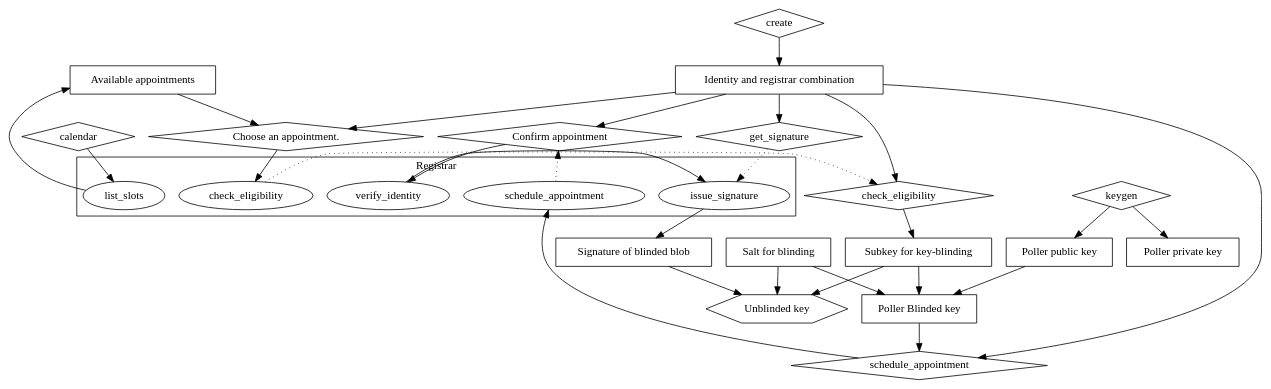
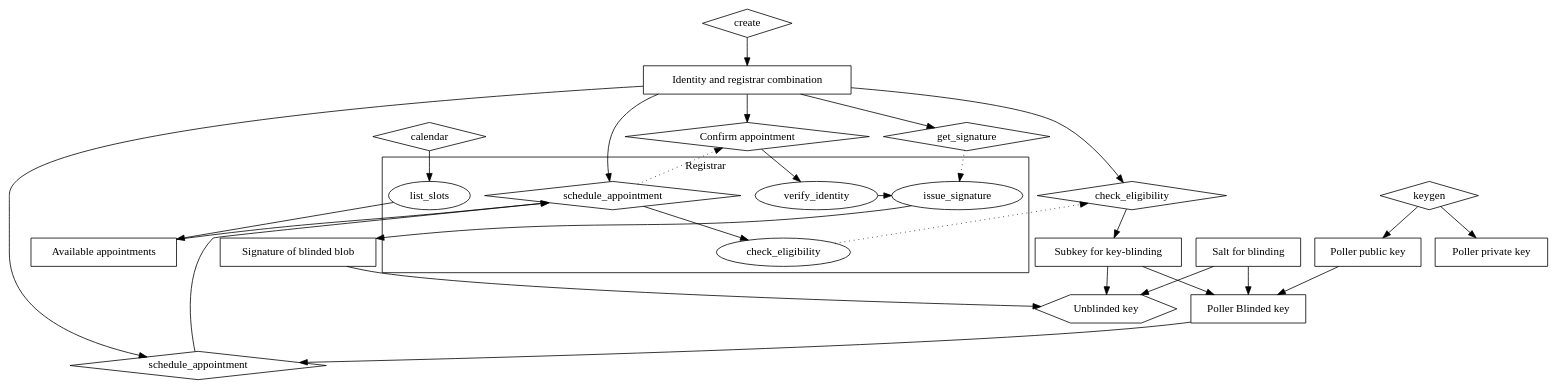
Before and after one commit to securepollingsystem/securepolling: the diagram in doc/securepolling.dot, drawn with Graphviz. The commit also changed 1 other file, not shown here.

```diff
--- a/doc/securepolling.dot
+++ b/doc/securepolling.dot
@@ -1,67 +1,67 @@
 // Registrar process
 digraph {
   subgraph cluster_Registrar {
     label="Registrar"
     r_list_slots [label="list_slots"]
     r_schedule_appointment [label="schedule_appointment"]
     r_verify_identity [label="verify_identity"]
     r_check_eligibility [label="check_eligibility"]
     r_issue_signature [label="issue_signature"]
     r_verify_identity -> r_issue_signature [constraint="false"]
   }
 
   // Step 1
   create [shape="diamond"]
   Identity [label="Identity and registrar combination" shape="box"]
 
   create -> Identity
 
   keygen [shape="diamond"]
   Public [label="Poller public key" shape="box"]
   Private [label="Poller private key" shape="box"]
 
   keygen -> Public
   keygen -> Private
 
   calendar [shape="diamond"]
   Appointments [label="Available appointments" shape="box"]
   calendar -> r_list_slots -> Appointments
 
-  Appointments -> Request1
-  Identity -> Request1
-  Request1 [label="Choose an appointment." shape="diamond"]
-  Request1 -> r_check_eligibility // [label="Request acknowledgement of eligibility"]
+  Appointments -> r_schedule_appointment
+  Identity -> r_schedule_appointment
+  r_schedule_appointment [shape="diamond"]
+  r_schedule_appointment -> r_check_eligibility // [label="Request acknowledgement of eligibility"]
 
   CheckEligibility [label="check_eligibility" shape="diamond"]
   r_check_eligibility -> CheckEligibility [style="dotted"]
   Identity -> CheckEligibility -> Subkey
 
   Subkey [label="Subkey for key-blinding" shape="box"]
   Salt [label="Salt for blinding" shape="box"]
 
   Blinded [label="Poller Blinded key" shape="box"]
   Subkey -> Blinded
   Salt -> Blinded
   Public -> Blinded
 
   schedule_appointment [shape="diamond"]
   Identity -> schedule_appointment
   Blinded  -> schedule_appointment -> r_schedule_appointment
   r_schedule_appointment -> Confirmation [style=dotted]
   Identity -> Confirmation
   Confirmation [label="Confirm appointment" shape="diamond"]
 
   // Step 2
   Confirmation -> r_verify_identity
   Identity -> get_signature
   get_signature [shape="diamond"]
   get_signature -> r_issue_signature [style=dotted]
   r_issue_signature -> SignedBlinded
   SignedBlinded [label="Signature of blinded blob" shape="box"]
 
   Salt -> Unblinded
   Subkey -> Unblinded
   SignedBlinded -> Unblinded
 
   Unblinded [shape="hexagon" label="Unblinded key"]
 }
```
